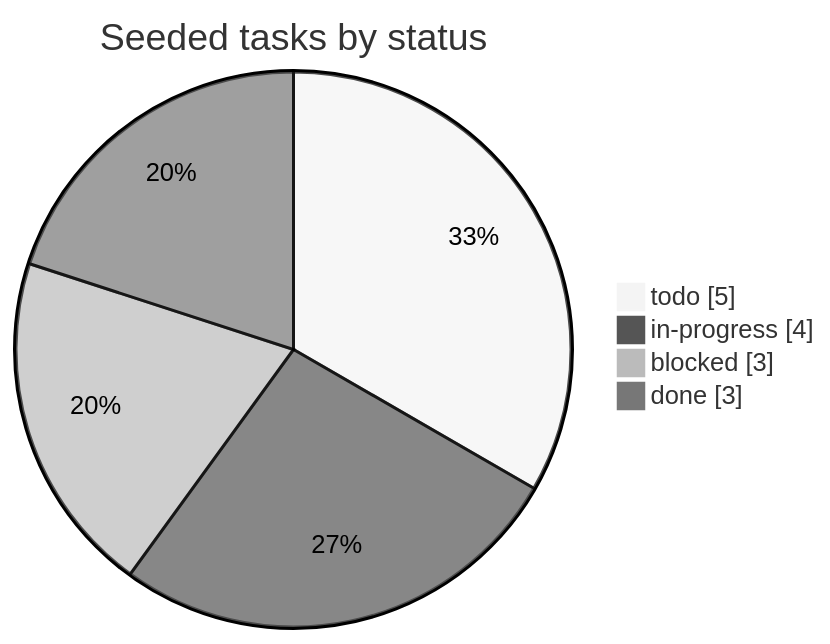
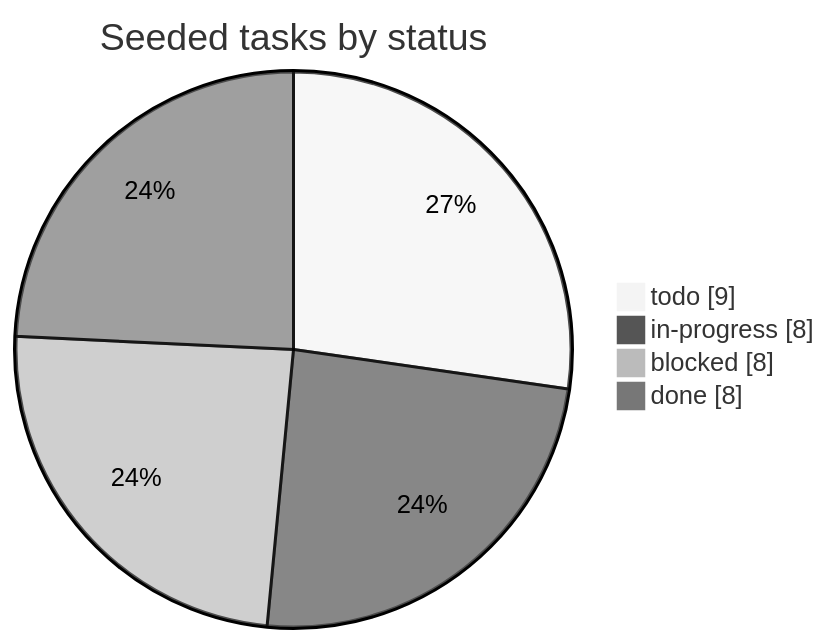
The diagram in README.md (iltStudent11/FSEP-Final-Project-Task-Tracker), drawn with Mermaid (neutral theme) before and after one commit. The commit also changed other lines of this file, not shown here.

````diff
--- a/README.md
+++ b/README.md
@@ -87,7 +87,7 @@
    ```mermaid
       pie showData title Seeded tasks by status
-         "todo" : 5
-         "in-progress" : 4
-         "blocked" : 3
-         "done" : 3
+         "todo" : 9
+         "in-progress" : 8
+         "blocked" : 8
+         "done" : 8
    ```
````
